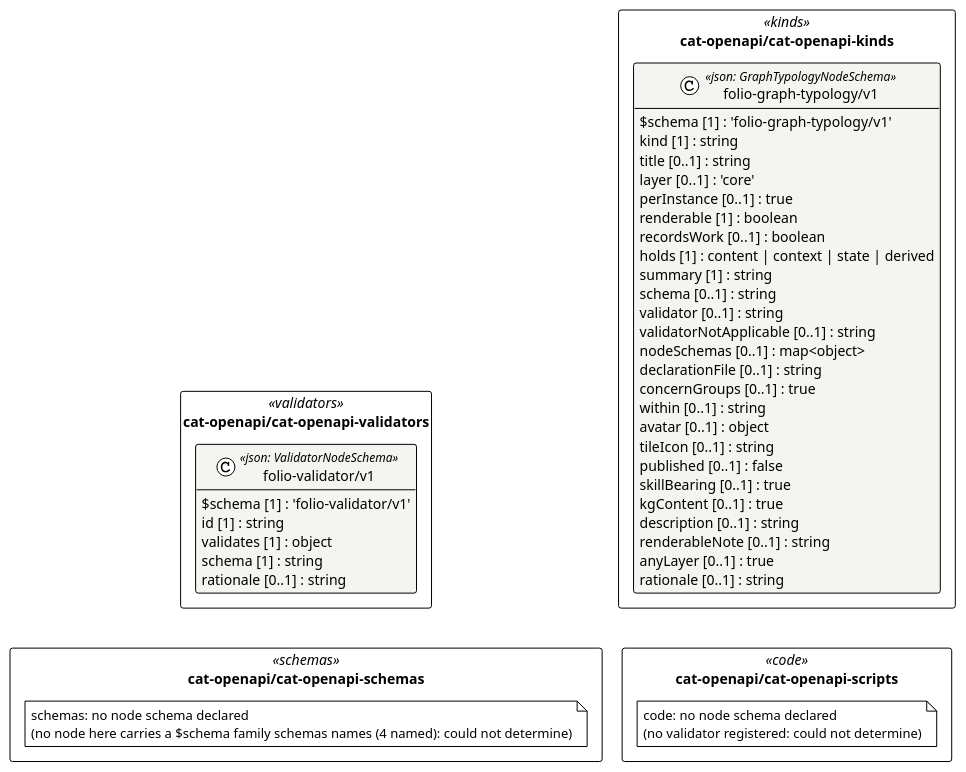
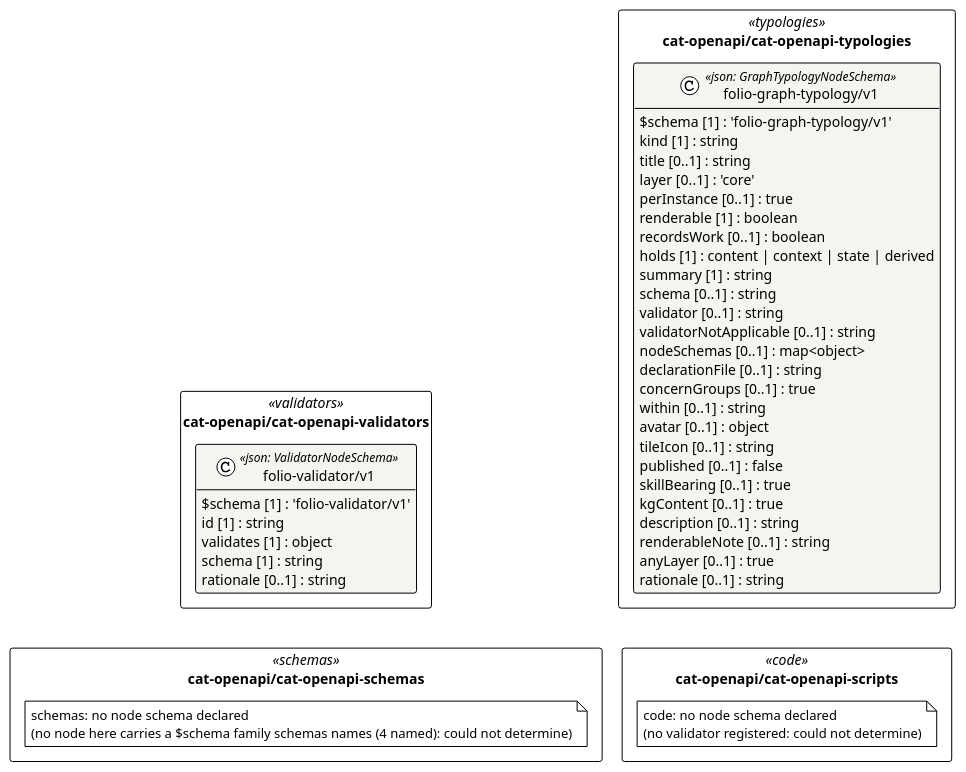
Before and after one commit to litlfred/folio-assistant: the diagram in cat-harness/uml/overview/cat-openapi.puml, drawn with PlantUML. The commit also changed 435 other files, not shown here.

First line of the commit message:
Regenerate artefacts for the graph-typology rename; pin bootstrap-tools to its merge (litlfred/bootstrap-tools#10)

```diff
--- a/cat-harness/uml/overview/cat-openapi.puml
+++ b/cat-harness/uml/overview/cat-openapi.puml
@@ -3,57 +3,57 @@
 @startuml cat_openapi
 !pragma layout elk
 !theme plain
 skinparam classAttributeIconSize 0
 skinparam shadowing false
 skinparam packageStyle rectangle
 hide empty methods
 
 package "cat-openapi/cat-openapi-validators" as pkg_cat_openapi_cat_openapi_validators <<validators>> {
   class "folio-validator/v1" as cat_openapi_cat_openapi_validators_folio_validator_v1_folio_validator_v1 <<json: ValidatorNodeSchema>> #f4f4f1 {
     $schema [1] : 'folio-validator/v1'
     id [1] : string
     validates [1] : object
     schema [1] : string
     rationale [0..1] : string
   }
 }
-package "cat-openapi/cat-openapi-kinds" as pkg_cat_openapi_cat_openapi_kinds <<kinds>> {
-  class "folio-graph-typology/v1" as cat_openapi_cat_openapi_kinds_folio_graph_typology_v1_folio_graph_typology_v1 <<json: GraphTypologyNodeSchema>> #f4f4f1 {
+package "cat-openapi/cat-openapi-typologies" as pkg_cat_openapi_cat_openapi_typologies <<typologies>> {
+  class "folio-graph-typology/v1" as cat_openapi_cat_openapi_typologies_folio_graph_typology_v1_folio_graph_typology_v1 <<json: GraphTypologyNodeSchema>> #f4f4f1 {
     $schema [1] : 'folio-graph-typology/v1'
     kind [1] : string
     title [0..1] : string
     layer [0..1] : 'core'
     perInstance [0..1] : true
     renderable [1] : boolean
     recordsWork [0..1] : boolean
     holds [1] : content | context | state | derived
     summary [1] : string
     schema [0..1] : string
     validator [0..1] : string
     validatorNotApplicable [0..1] : string
     nodeSchemas [0..1] : map<object>
     declarationFile [0..1] : string
     concernGroups [0..1] : true
     within [0..1] : string
     avatar [0..1] : object
     tileIcon [0..1] : string
     published [0..1] : false
     skillBearing [0..1] : true
     kgContent [0..1] : true
     description [0..1] : string
     renderableNote [0..1] : string
     anyLayer [0..1] : true
     rationale [0..1] : string
   }
 }
 package "cat-openapi/cat-openapi-schemas" as pkg_cat_openapi_cat_openapi_schemas <<schemas>> {
   note "schemas: no node schema declared\n(no node here carries a $schema family schemas names (4 named): could not determine)" as n_cat_openapi_cat_openapi_schemas_schemas
 }
 package "cat-openapi/cat-openapi-scripts" as pkg_cat_openapi_cat_openapi_scripts <<code>> {
   note "code: no node schema declared\n(no validator registered: could not determine)" as n_cat_openapi_cat_openapi_scripts_code
 }
 
-' grid: portrait, 2 column(s) — pkg_cat_openapi_cat_openapi_validators pkg_cat_openapi_cat_openapi_kinds pkg_cat_openapi_cat_openapi_schemas pkg_cat_openapi_cat_openapi_scripts
+' grid: portrait, 2 column(s) — pkg_cat_openapi_cat_openapi_validators pkg_cat_openapi_cat_openapi_typologies pkg_cat_openapi_cat_openapi_schemas pkg_cat_openapi_cat_openapi_scripts
 pkg_cat_openapi_cat_openapi_validators -[hidden]down- pkg_cat_openapi_cat_openapi_schemas
-pkg_cat_openapi_cat_openapi_kinds -[hidden]down- pkg_cat_openapi_cat_openapi_scripts
+pkg_cat_openapi_cat_openapi_typologies -[hidden]down- pkg_cat_openapi_cat_openapi_scripts
 @enduml
```
